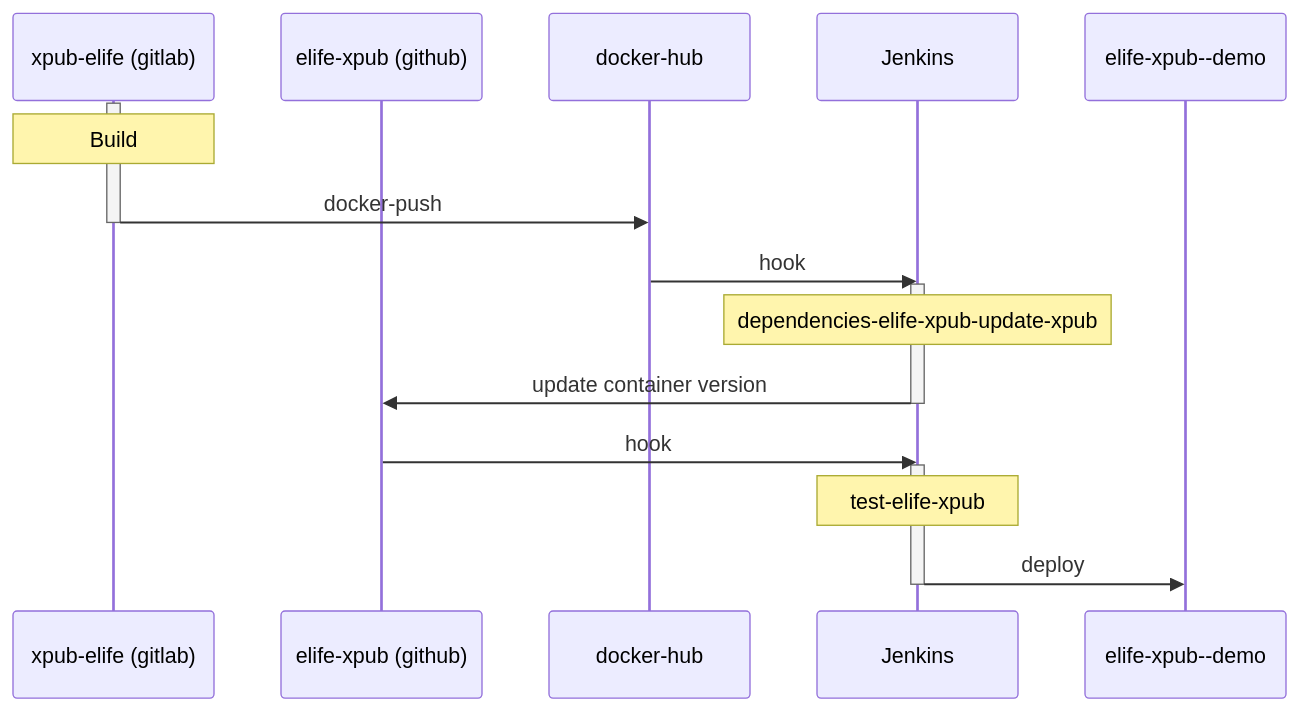
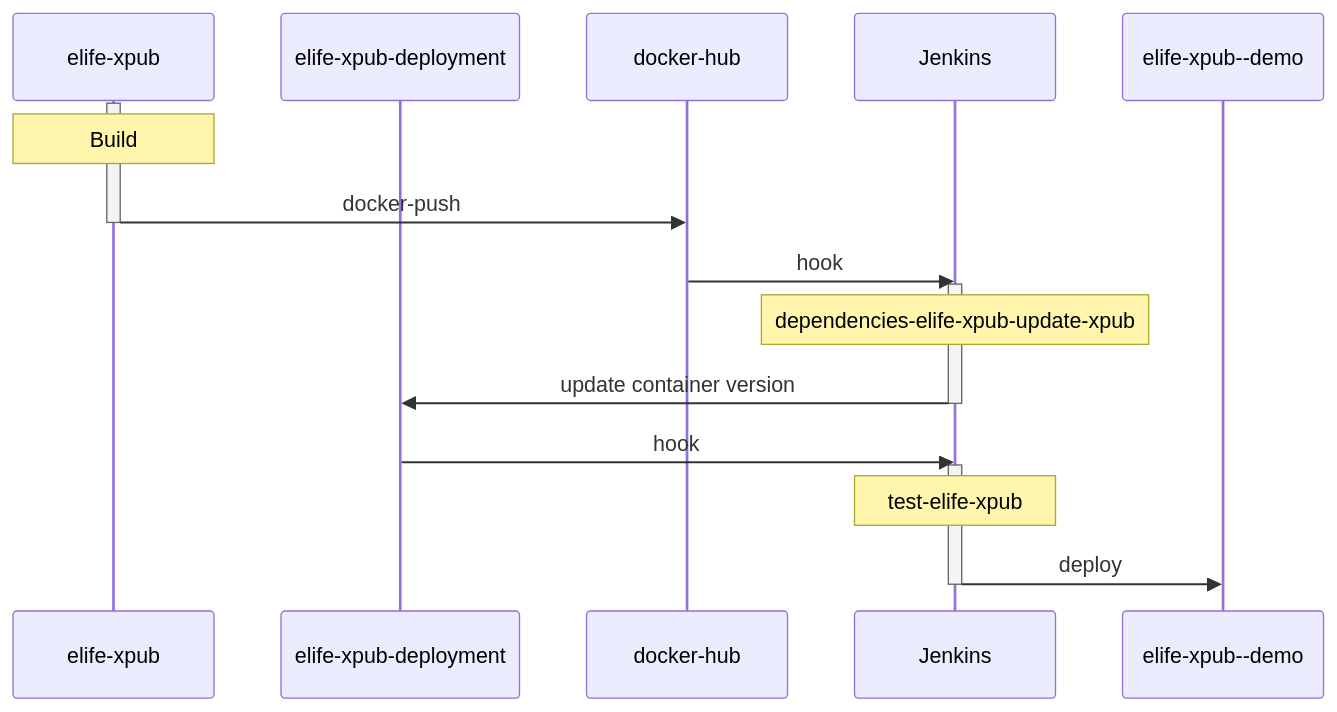
The diagram in docs/deploying/README.md (elifesciences/elife-xpub), drawn with Mermaid before and after one commit. The commit also changed other lines of this file and 3 other files, not shown here.

````diff
--- a/docs/deploying/README.md
+++ b/docs/deploying/README.md
@@ -7,27 +7,27 @@
 ```mermaid
 sequenceDiagram
-    participant GL as xpub-elife (gitlab)
-    participant GH as elife-xpub (github)
+    participant GL as elife-xpub
+    participant GH as elife-xpub-deployment
     participant DH as docker-hub
     participant JK as Jenkins
     participant WEB as elife-xpub--demo
 
     activate GL
     Note over GL: Build
     GL ->> DH: docker-push
     deactivate GL
     DH ->> JK: hook
 
     activate JK
     Note over JK: dependencies-elife-xpub-update-xpub
     JK ->> GH: update container version
     deactivate JK
 
     GH ->> JK: hook
 
     activate JK
     Note over JK: test-elife-xpub
     JK ->> WEB: deploy
     deactivate JK
 
 ```
````
